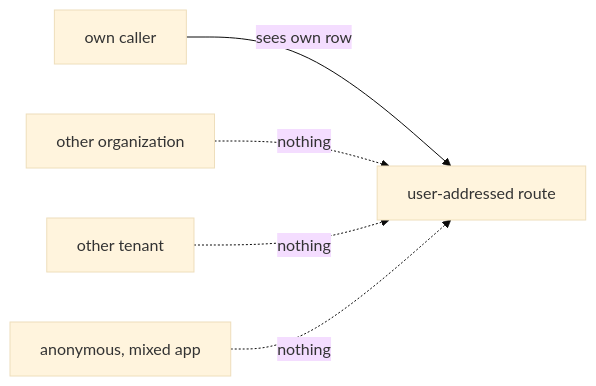
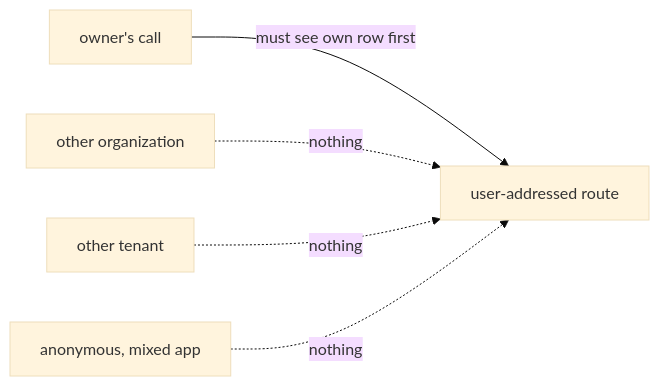
One commit to fixpoint-labs/flow-state-dev changed the diagram in specs/issues/FIX-1573/BUSINESS-RULES.md. Above: the diagram before and after it, drawn with Mermaid (base theme). The commit also changed other lines of this file and 5 other files, not shown here.

````diff
--- a/specs/issues/FIX-1573/BUSINESS-RULES.md
+++ b/specs/issues/FIX-1573/BUSINESS-RULES.md
@@ -34,7 +41,7 @@
 ```mermaid
 flowchart LR
-  O["own caller"] -->|"sees own row"| R["user-addressed route"]
+  O["owner's call"] -->|"must see own row first"| R["user-addressed route"]
   X1["other organization"] -.->|"nothing"| R
   X2["other tenant"] -.->|"nothing"| R
   X3["anonymous, mixed app"] -.->|"nothing"| R
 ```
````
